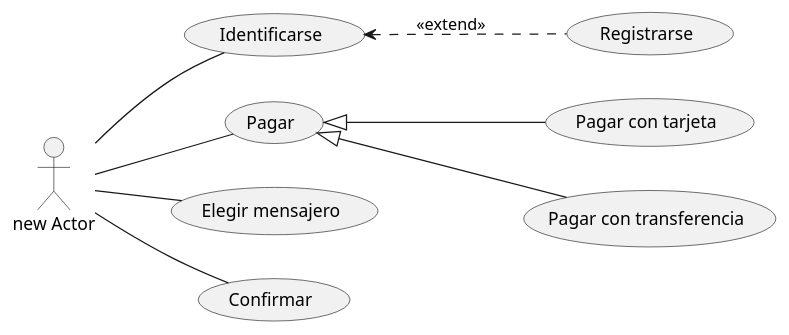
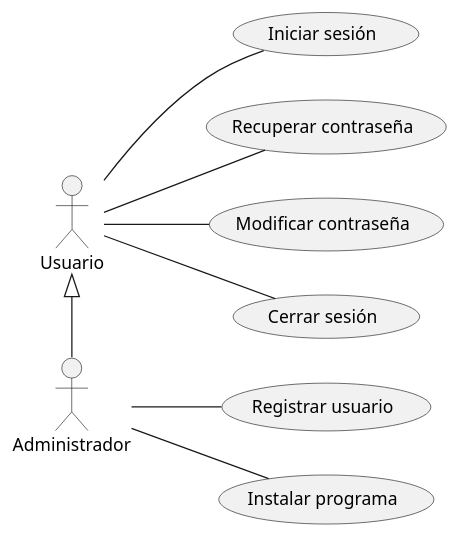
The diagram in src/ClasesUso.puml (tatianagarijo/UMLClasesUsoTatianaGarijo), drawn with PlantUML before and after one commit. The commit also changed 3 other files, not shown here.

```diff
--- a/src/ClasesUso.puml
+++ b/src/ClasesUso.puml
@@ -2,19 +2,19 @@
 @startuml
 left to right direction
-:new Actor: as act
-usecase (Identificarse) as UC1
-usecase (Pagar) as UC2
-usecase (Elegir mensajero) as UC3
-usecase (Confirmar) as UC4
-usecase (Registrarse) as UC5
+:Usuario: as usu
+:Administrador: as admin
+usecase (Iniciar sesión) as UC1
+usecase (Recuperar contraseña) as UC2
+usecase (Modificar contraseña) as UC3
+usecase (Cerrar sesión) as UC4
+usecase (Registrar usuario) as UC5
+usecase (Instalar programa) as UC6
 
-act -- UC1
-act -- UC2
-act -- UC3
-act -- UC4
-UC1 <.. UC5: <<extend>>
-usecase (Pagar con tarjeta) as UC6
-usecase (Pagar con transferencia) as UC7
-UC2 <|-- UC6
-UC2 <|-- UC7
+usu <|- admin
+usu -- UC1
+usu -- UC2
+usu -- UC3
+usu -- UC4
+admin -- UC5
+admin -- UC6
 @enduml
```
